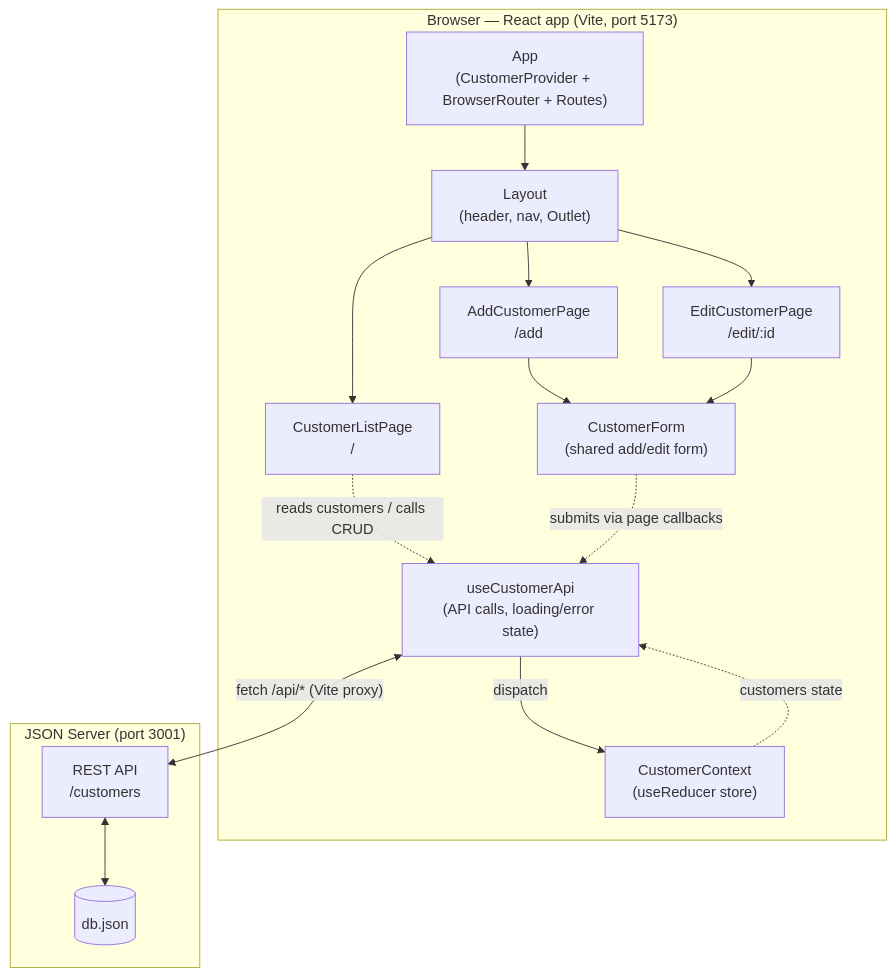
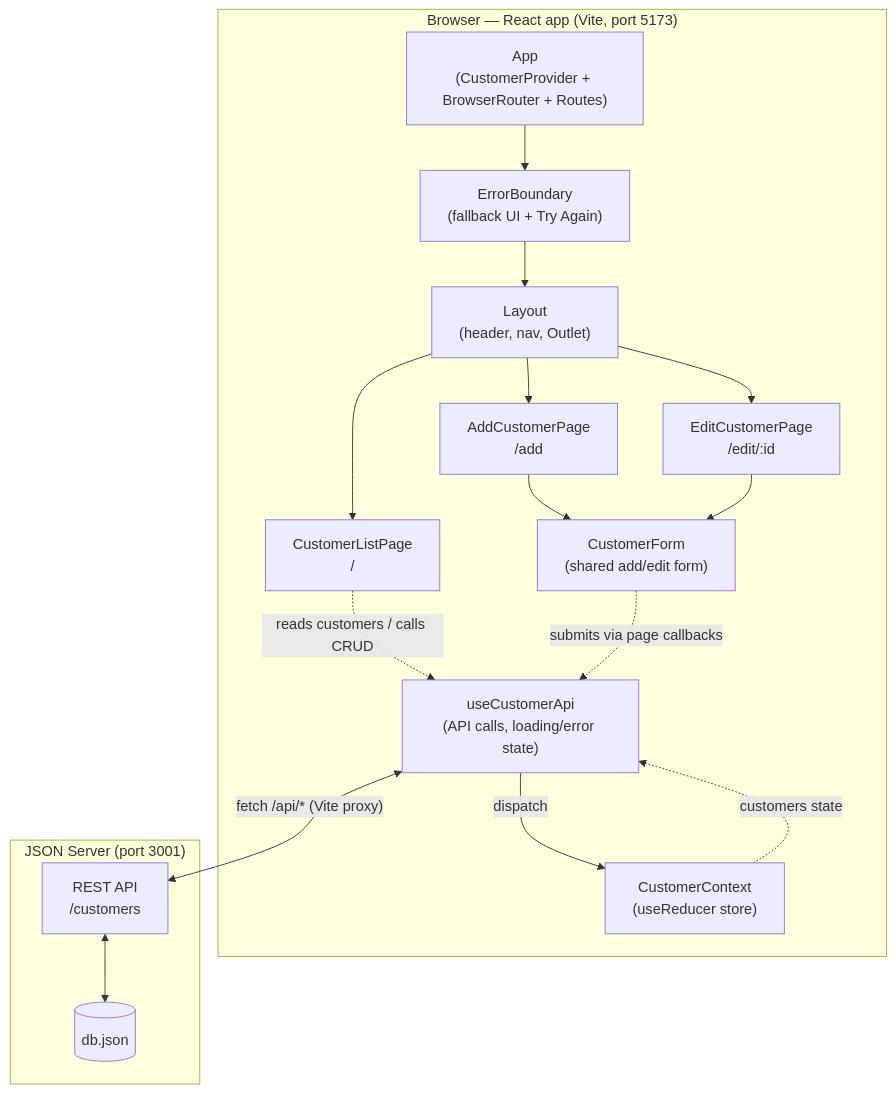
The first of 3 diagrams in customer-app/docs/ARCHITECTURE.md (das77/fsep-cap2-cma-app), drawn with Mermaid before and after one commit. The commit also changed other lines of this file, not shown here.

Commit message:
docs: enhance ARCHITECTURE.md with ErrorBoundary and accessibility details

````diff
--- a/customer-app/docs/ARCHITECTURE.md
+++ b/customer-app/docs/ARCHITECTURE.md
@@ -8,31 +8,33 @@
 ```mermaid
 graph TB
     subgraph Browser["Browser — React app (Vite, port 5173)"]
         App["App<br/>(CustomerProvider + BrowserRouter + Routes)"]
+        EB["ErrorBoundary<br/>(fallback UI + Try Again)"]
         Layout["Layout<br/>(header, nav, Outlet)"]
         List["CustomerListPage<br/>/"]
         Add["AddCustomerPage<br/>/add"]
         Edit["EditCustomerPage<br/>/edit/:id"]
         Form["CustomerForm<br/>(shared add/edit form)"]
         Hook["useCustomerApi<br/>(API calls, loading/error state)"]
         Store["CustomerContext<br/>(useReducer store)"]
     end
 
     subgraph Server["JSON Server (port 3001)"]
         API["REST API<br/>/customers"]
         DB[("db.json")]
     end
 
-    App --> Layout
+    App --> EB
+    EB --> Layout
     Layout --> List
     Layout --> Add
     Layout --> Edit
     Add --> Form
     Edit --> Form
     List -.reads customers / calls CRUD.-> Hook
     Form -.submits via page callbacks.-> Hook
     Hook -->|dispatch| Store
     Store -.customers state.-> Hook
     Hook <-->|"fetch /api/* (Vite proxy)"| API
     API <--> DB
 ```
````
